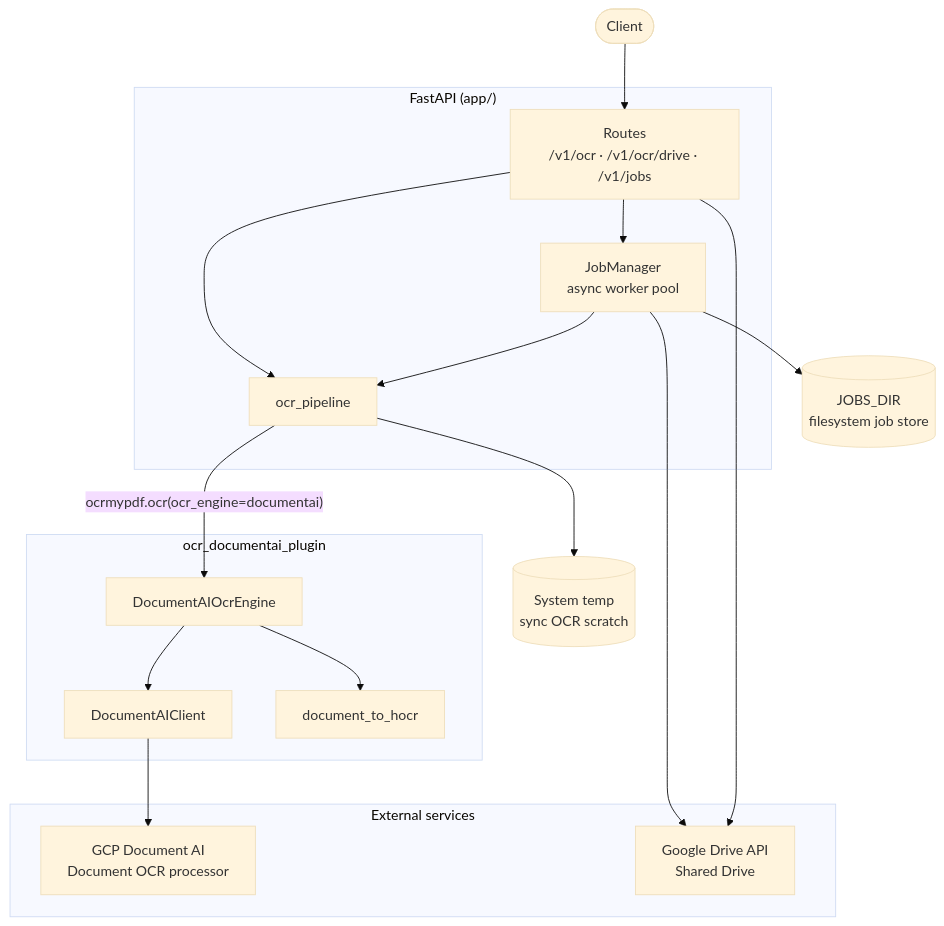
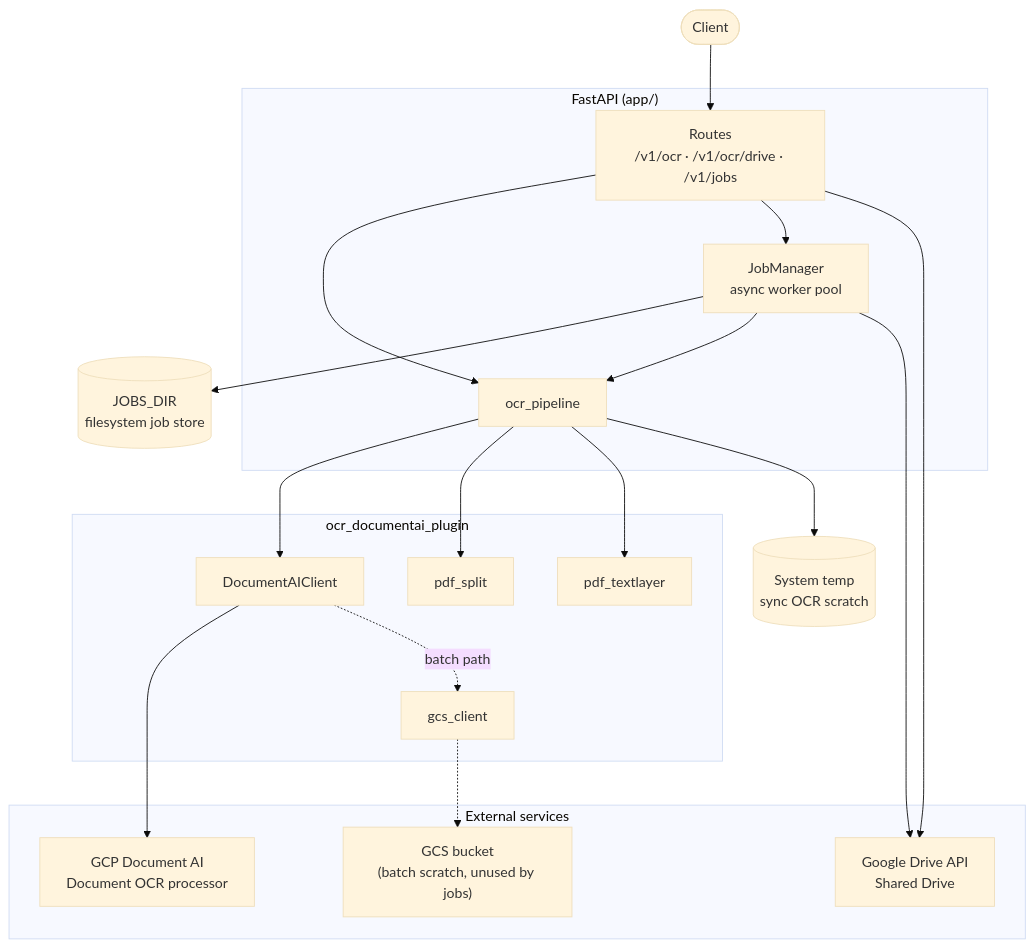
One commit to standoge/ocrapi changed the first of 2 diagrams in README.md. Above: the diagram before and after it, drawn with Mermaid (base theme). The commit also changed other lines of this file, not shown here.

Commit message:
docs: update architecture to reflect PyMuPDF and online OCR pipeline

````diff
--- a/README.md
+++ b/README.md
@@ -20,37 +20,41 @@
 ```mermaid
 flowchart TB
     Client([Client])
 
     subgraph API["FastAPI (app/)"]
         Routes["Routes<br/>/v1/ocr · /v1/ocr/drive · /v1/jobs"]
         JobMgr["JobManager<br/>async worker pool"]
         Pipeline["ocr_pipeline"]
     end
 
     subgraph Plugin["ocr_documentai_plugin"]
-        Engine["DocumentAIOcrEngine"]
-        ClientDAI["DocumentAIClient"]
-        HOCR["document_to_hocr"]
+        DocAIClient["DocumentAIClient"]
+        Split["pdf_split"]
+        TextLayer["pdf_textlayer"]
+        GCS["gcs_client"]
     end
 
     subgraph External["External services"]
         DocAI["GCP Document AI<br/>Document OCR processor"]
         Drive["Google Drive API<br/>Shared Drive"]
+        Bucket["GCS bucket<br/>(batch scratch, unused by jobs)"]
     end
 
     FS[("JOBS_DIR<br/>filesystem job store")]
     Temp[("System temp<br/>sync OCR scratch")]
 
     Client --> Routes
     Routes --> Pipeline
     Routes --> JobMgr
     JobMgr --> FS
     JobMgr --> Pipeline
     JobMgr --> Drive
-    Pipeline -->|"ocrmypdf.ocr(ocr_engine=documentai)"| Engine
-    Engine --> ClientDAI
-    ClientDAI --> DocAI
-    Engine --> HOCR
+    Pipeline --> DocAIClient
+    Pipeline --> Split
+    Pipeline --> TextLayer
+    DocAIClient --> DocAI
+    DocAIClient -.->|batch path| GCS
+    GCS -.-> Bucket
     Pipeline --> Temp
     Routes --> Drive
 ```
````
